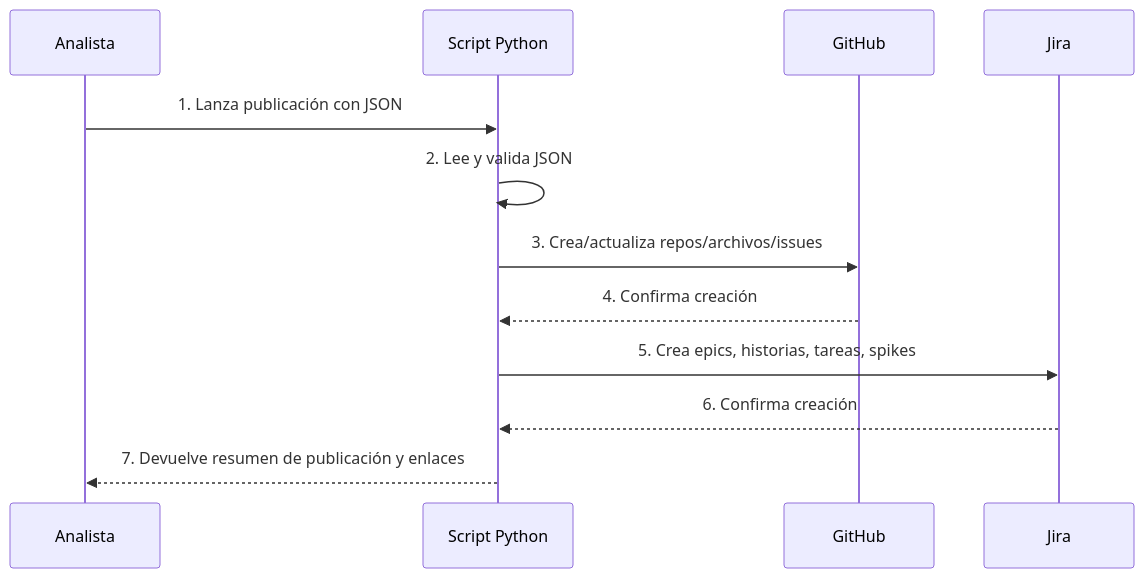
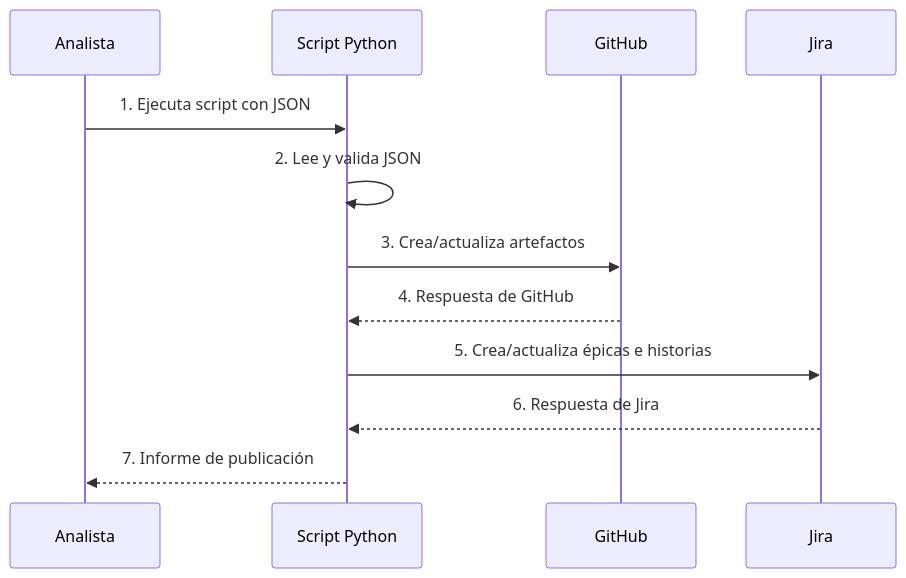
The second of 2 diagrams in analysis_ia_sesgo/DOC3_BUSINESS_FLOWS.md (essancv/training), drawn with Mermaid before and after one commit. The commit also changed other lines of this file, not shown here.

````diff
--- a/analysis_ia_sesgo/DOC3_BUSINESS_FLOWS.md
+++ b/analysis_ia_sesgo/DOC3_BUSINESS_FLOWS.md
@@ -66,15 +65,15 @@
 ```mermaid
 sequenceDiagram
   participant A as Analista
   participant P as Script Python
   participant GH as GitHub
   participant JI as Jira
 
-  A->>P: 1. Lanza publicación con JSON
+  A->>P: 1. Ejecuta script con JSON
   P->>P: 2. Lee y valida JSON
-  P->>GH: 3. Crea/actualiza repos/archivos/issues
-  GH-->>P: 4. Confirma creación
-  P->>JI: 5. Crea epics, historias, tareas, spikes
-  JI-->>P: 6. Confirma creación
-  P-->>A: 7. Devuelve resumen de publicación y enlaces
+  P->>GH: 3. Crea/actualiza artefactos
+  GH-->>P: 4. Respuesta de GitHub
+  P->>JI: 5. Crea/actualiza épicas e historias
+  JI-->>P: 6. Respuesta de Jira
+  P-->>A: 7. Informe de publicación
 ```
````
